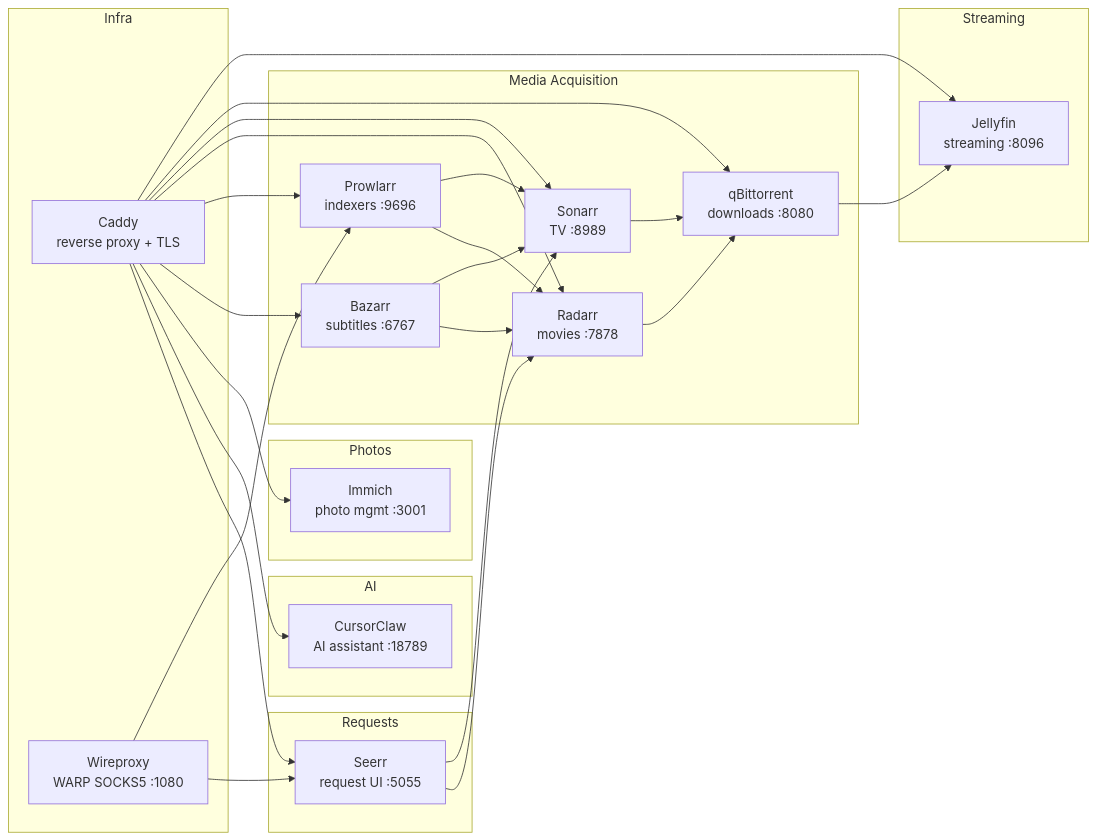
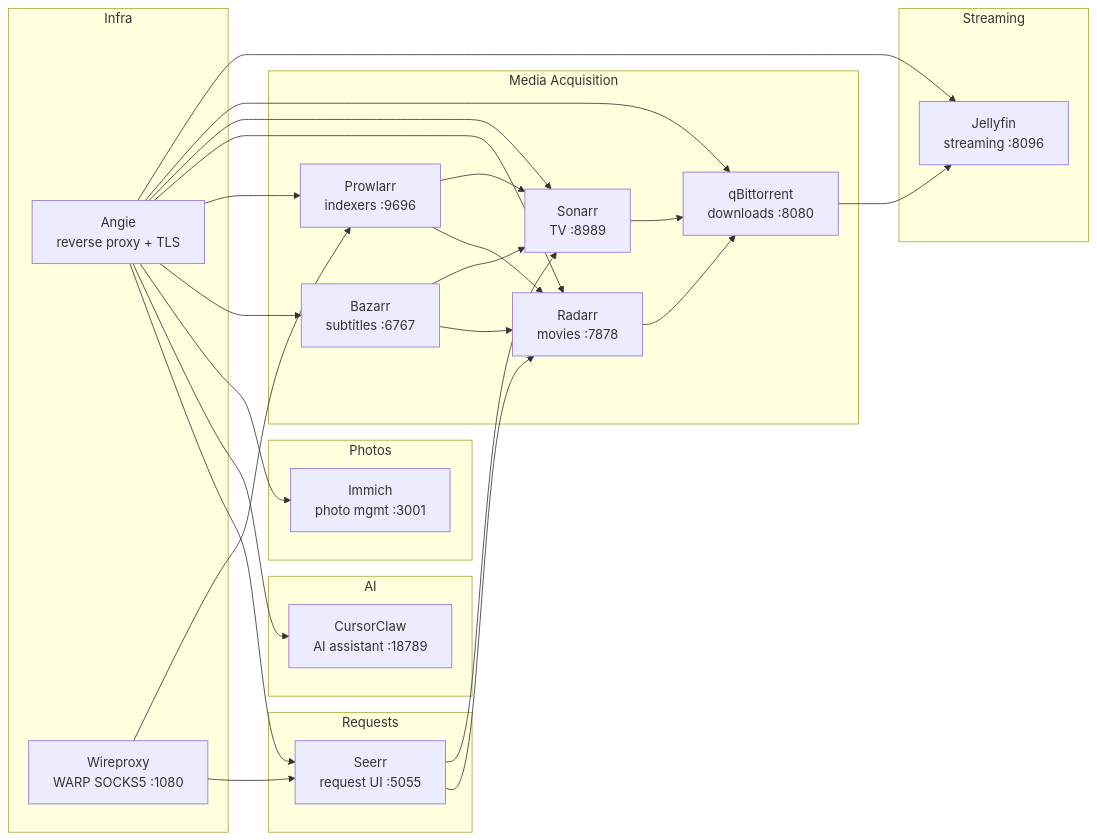
The first of 2 diagrams in README.md (rverma-dev/mediaserver), drawn with Mermaid before and after one commit. The commit also changed other lines of this file and 15 other files, not shown here.

Commit message:
caddy with angie, immich db as neon

````diff
--- a/README.md
+++ b/README.md
@@ -7,42 +7,42 @@
 ```mermaid
 graph LR
   subgraph Media Acquisition
     Prowlarr[Prowlarr<br/>indexers :9696] --> Sonarr[Sonarr<br/>TV :8989]
     Prowlarr --> Radarr[Radarr<br/>movies :7878]
     Sonarr --> qBit[qBittorrent<br/>downloads :8080]
     Radarr --> qBit
     Bazarr[Bazarr<br/>subtitles :6767] --> Sonarr
     Bazarr --> Radarr
   end
 
   subgraph Streaming
     qBit --> Jellyfin[Jellyfin<br/>streaming :8096]
   end
 
   subgraph Requests
     Seerr[Seerr<br/>request UI :5055] --> Sonarr
     Seerr --> Radarr
   end
 
   subgraph AI
     CursorClaw[CursorClaw<br/>AI assistant :18789]
   end
 
   subgraph Photos
     Immich[Immich<br/>photo mgmt :3001]
   end
 
   subgraph Infra
-    Caddy[Caddy<br/>reverse proxy + TLS] --> Jellyfin
-    Caddy --> qBit
-    Caddy --> Sonarr
-    Caddy --> Radarr
-    Caddy --> Prowlarr
-    Caddy --> Bazarr
-    Caddy --> Immich
-    Caddy --> CursorClaw
-    Caddy --> Seerr
+    Angie[Angie<br/>reverse proxy + TLS] --> Jellyfin
+    Angie --> qBit
+    Angie --> Sonarr
+    Angie --> Radarr
+    Angie --> Prowlarr
+    Angie --> Bazarr
+    Angie --> Immich
+    Angie --> CursorClaw
+    Angie --> Seerr
     Wireproxy[Wireproxy<br/>WARP SOCKS5 :1080] --> Prowlarr
     Wireproxy --> Seerr
   end
 ```
````
